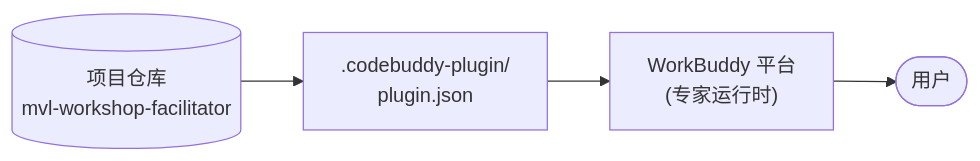
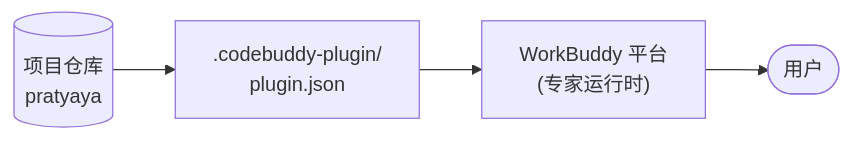
Before and after one commit to wanghongbj321-code/pratyaya: the eighth of 9 diagrams in docs/MVL-整体架构设计.md, drawn with Mermaid. The commit also changed other lines of this file and 20 other files, not shown here.

````diff
--- a/docs/MVL-整体架构设计.md
+++ b/docs/MVL-整体架构设计.md
@@ -590,11 +590,11 @@
 ```mermaid
 flowchart LR
-    REPO[("项目仓库<br/>mvl-workshop-facilitator")]
+    REPO[("项目仓库<br/>pratyaya")]
     PLG[".codebuddy-plugin/<br/>plugin.json"]
     WB["WorkBuddy 平台<br/>(专家运行时)"]
     USER(["用户"])
 
     REPO --> PLG
     PLG --> WB
     WB --> USER
 ```
````
